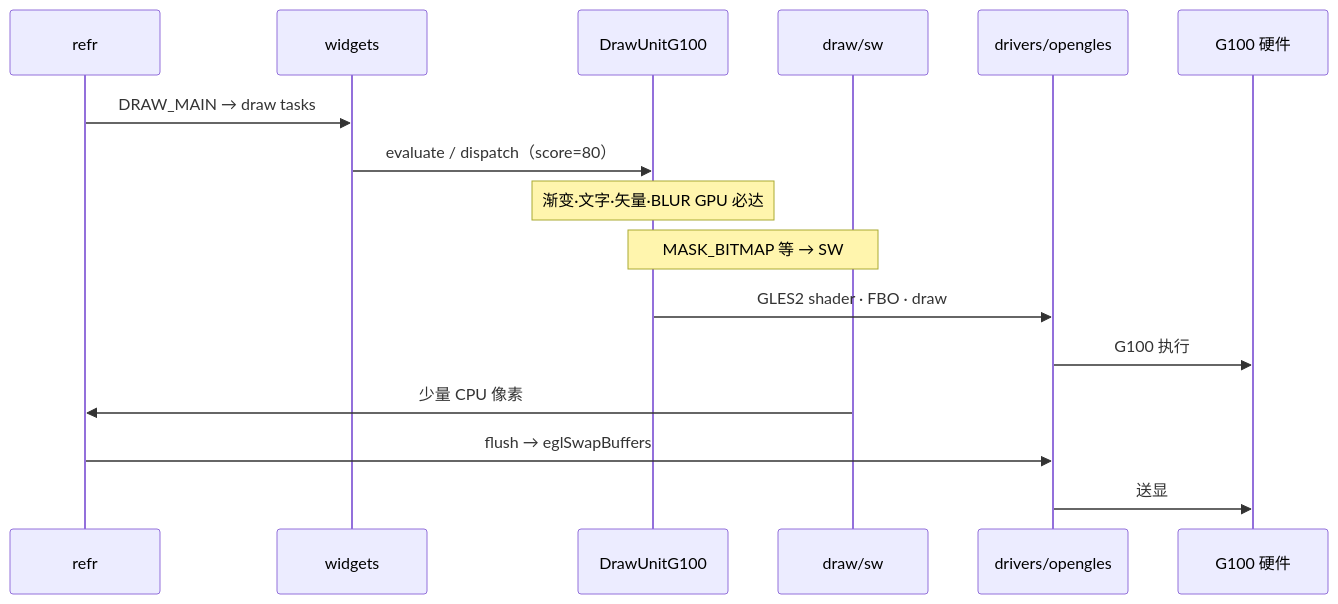
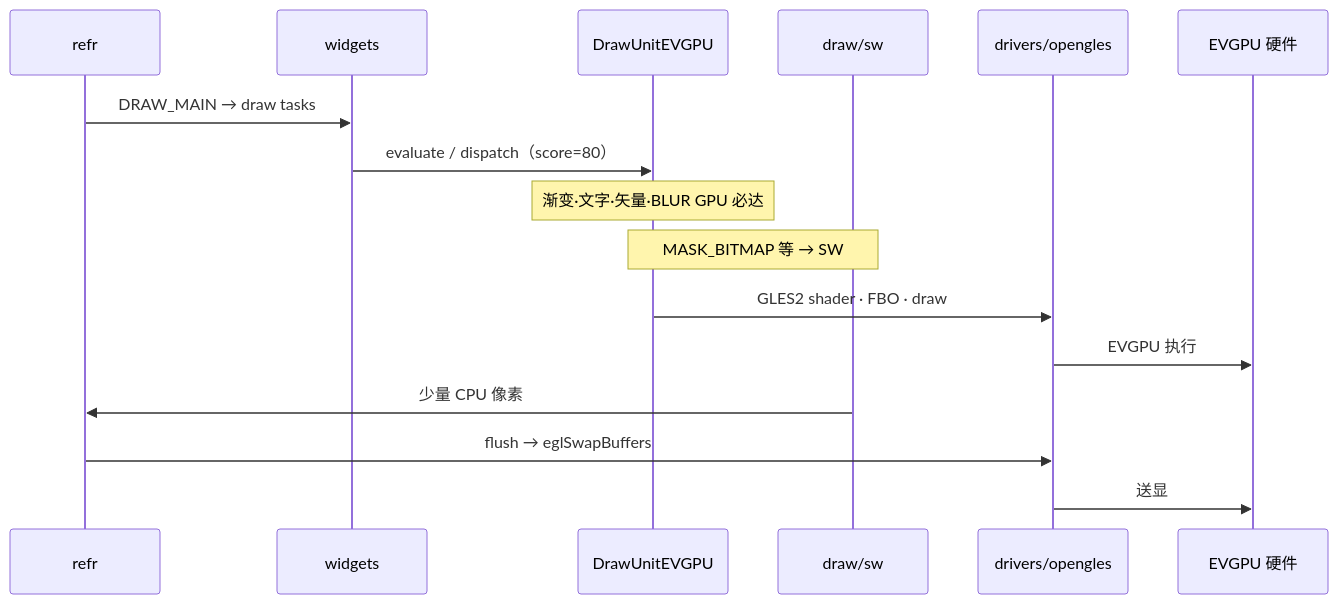
Before and after one commit to ganzhong007/lv_port_linux: the second of 6 diagrams in docs/gles2_gpu_porting_plan.md, drawn with Mermaid. The commit also changed other lines of this file and 13 other files, not shown here.

````diff
--- a/docs/gles2_gpu_porting_plan.md
+++ b/docs/gles2_gpu_porting_plan.md
@@ -102,19 +102,19 @@
 ```mermaid
 sequenceDiagram
     participant C as refr
     participant W as widgets
-    participant DU as DrawUnitG100
+    participant DU as DrawUnitEVGPU
     participant SW as draw/sw
     participant O as drivers/opengles
-    participant GPU as G100 硬件
+    participant GPU as EVGPU 硬件
 
     C->>W: DRAW_MAIN → draw tasks
     W->>DU: evaluate / dispatch（score=80）
     Note over DU: 渐变·文字·矢量·BLUR GPU 必达
     Note over DU,SW: MASK_BITMAP 等 → SW
     DU->>O: GLES2 shader · FBO · draw
-    O->>GPU: G100 执行
+    O->>GPU: EVGPU 执行
     SW->>C: 少量 CPU 像素
     C->>O: flush → eglSwapBuffers
     O->>GPU: 送显
 ```
````
